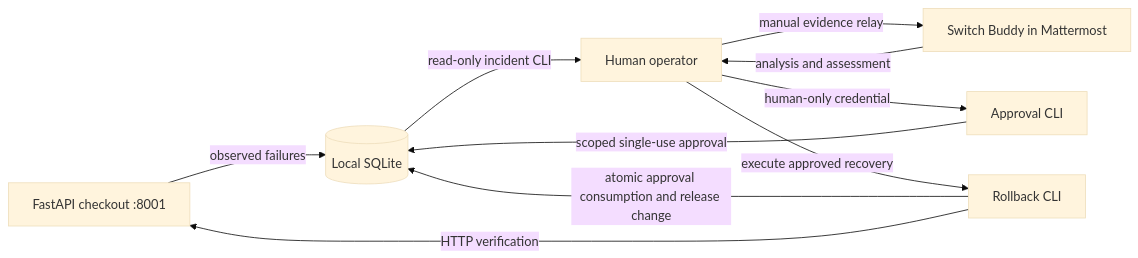
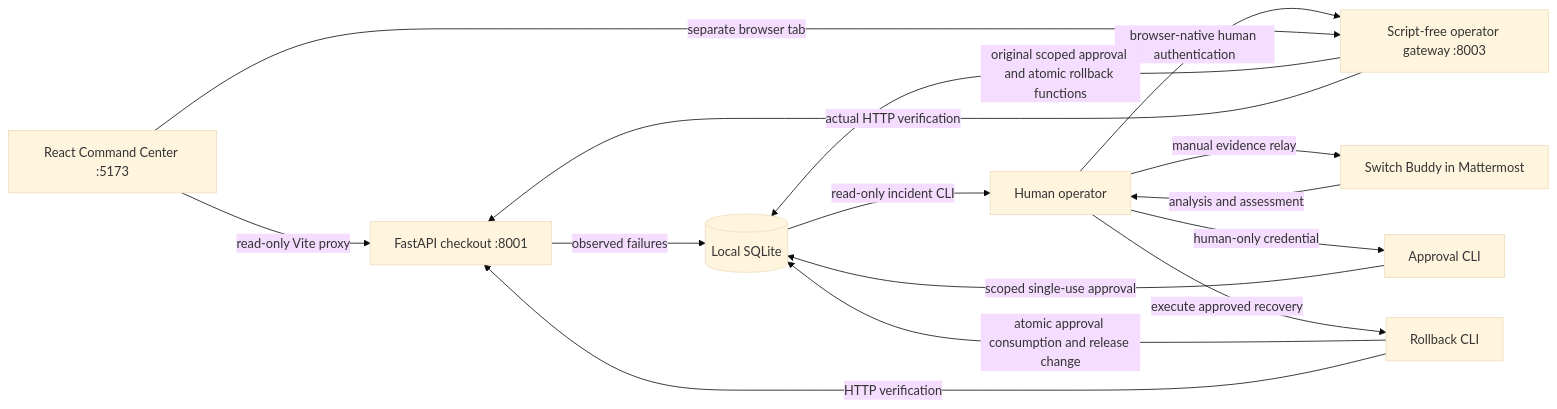
Before and after one commit to Awwiiiii/deployguard-ai: the diagram in README.md, drawn with Mermaid (base theme). The commit also changed other lines of this file and 54 other files, not shown here.

````diff
--- a/README.md
+++ b/README.md
@@ -38,12 +78,17 @@
 ```mermaid
 flowchart LR
   API[FastAPI checkout :8001] -->|observed failures| DB[(Local SQLite)]
+  UI[React Command Center :5173] -->|read-only Vite proxy| API
+  H -->|browser-native human authentication| G[Script-free operator gateway :8003]
+  UI -->|separate browser tab| G
+  G -->|original scoped approval and atomic rollback functions| DB
+  G -->|actual HTTP verification| API
   DB -->|read-only incident CLI| H[Human operator]
   H -->|manual evidence relay| S[Switch Buddy in Mattermost]
   S -->|analysis and assessment| H
   H -->|human-only credential| A[Approval CLI]
   A -->|scoped single-use approval| DB
   H -->|execute approved recovery| R[Rollback CLI]
   R -->|atomic approval consumption and release change| DB
   R -->|HTTP verification| API
 ```
````
